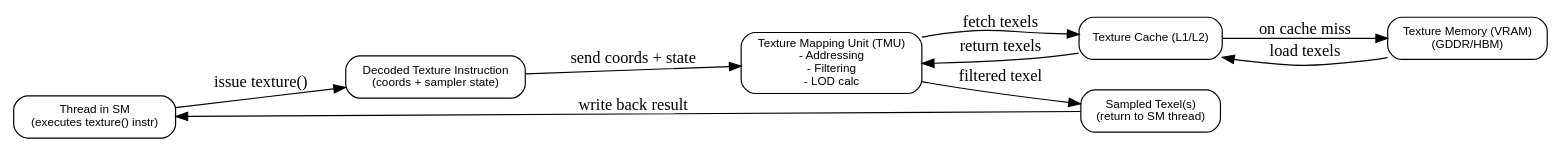
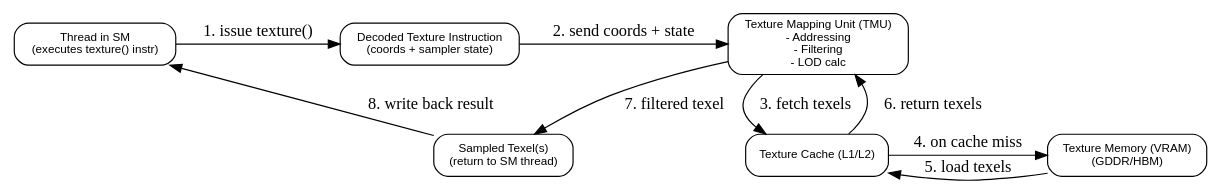
The diagram in Fig/gpu/texture-fetch.gv (Jonathan2251/lbd), drawn with Graphviz before and after one commit. The commit also changed 12 other files, not shown here.

Commit message:
gpu.rst: add section 'Unified IR Conversion Flows'

```diff
--- a/Fig/gpu/texture-fetch.gv
+++ b/Fig/gpu/texture-fetch.gv
@@ -1,20 +1,24 @@
 digraph TextureFetch {
-  rankdir=LR;
+  rankdir=TB;
   node [shape=box, fontname="Helvetica", fontsize=10, style=rounded];
 
   Thread [label="Thread in SM\n(executes texture() instr)"];
   Instr [label="Decoded Texture Instruction\n(coords + sampler state)"];
   TMU [label="Texture Mapping Unit (TMU)\n- Addressing\n- Filtering\n- LOD calc"];
   TCache [label="Texture Cache (L1/L2)"];
   VRAM [label="Texture Memory (VRAM)\n(GDDR/HBM)"];
   Result [label="Sampled Texel(s)\n(return to SM thread)"];
 
-  Thread -> Instr [label=" issue texture()"];
-  Instr -> TMU [label=" send coords + state"];
-  TMU -> TCache [label=" fetch texels"];
-  TCache -> VRAM [label=" on cache miss"];
-  VRAM -> TCache [label=" load texels"];
-  TCache -> TMU [label=" return texels"];
-  TMU -> Result [label=" filtered texel"];
-  Result -> Thread [label=" write back result"];
+  Thread -> Instr [label="1. issue texture()"];
+  Instr -> TMU [label="2. send coords + state"];
+  TMU -> TCache [label="3. fetch texels"];
+  TCache -> VRAM [label="4. on cache miss"];
+  VRAM -> TCache [label="5. load texels"];
+  TCache -> TMU [label="6. return texels"];
+  TMU -> Result [label="7. filtered texel"];
+  Result -> Thread [label="8. write back result"];
+
+  { rank = same; Thread; Instr; TMU }
+  { rank = same; TCache; VRAM }
+  { rank = same; Result }
 }
```
